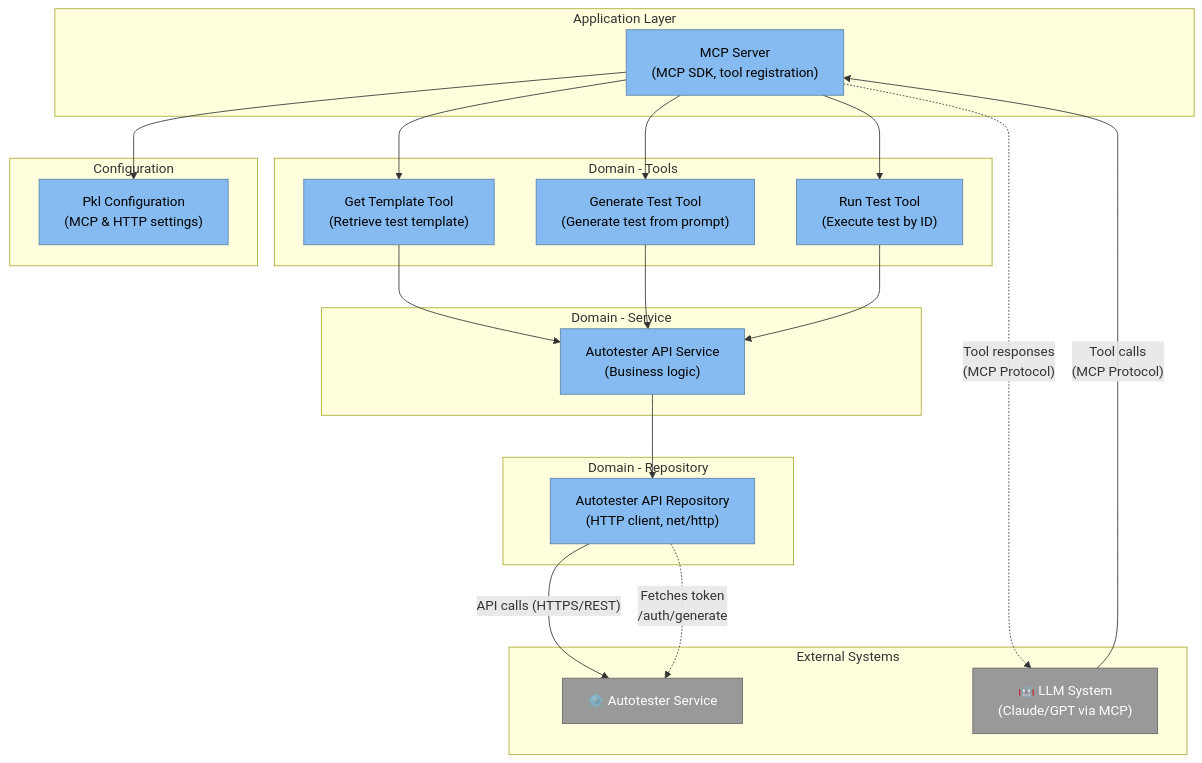
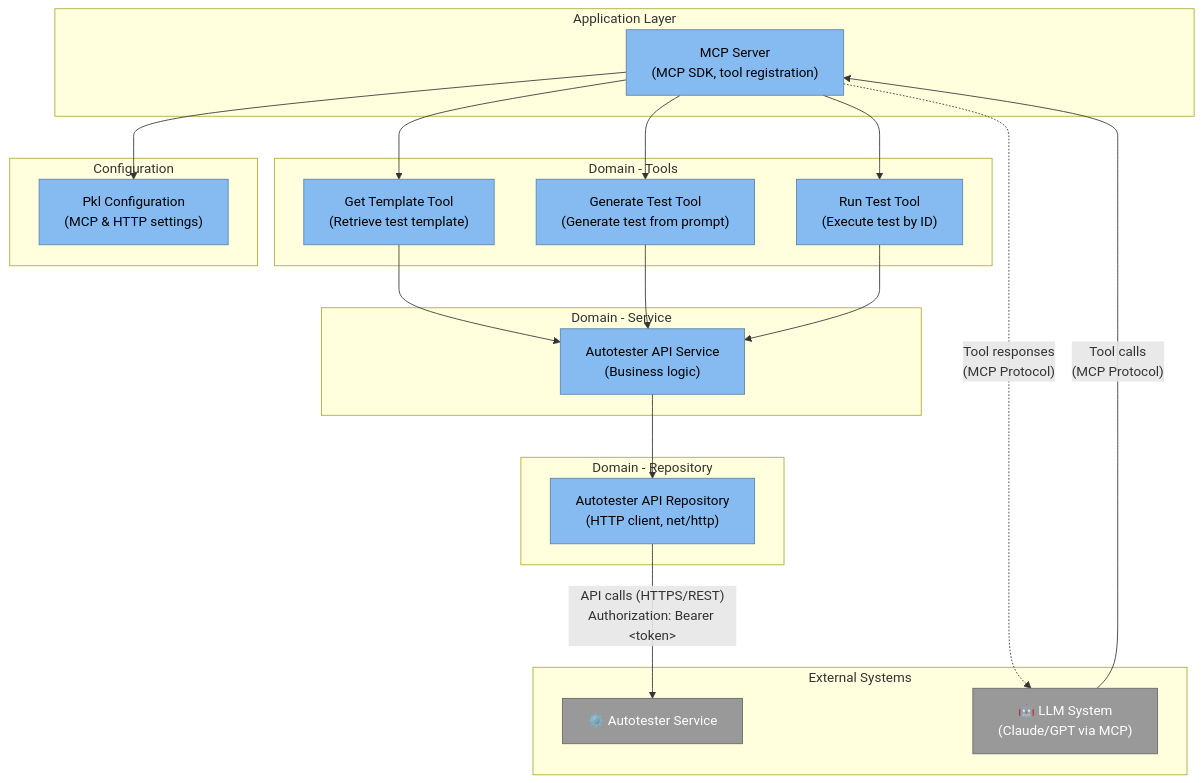
Before and after one commit to Skzter/smart: the diagram in docs/architecture/03-component/diagrams/mcp.mmd, drawn with Mermaid. The commit also changed 14 other files, not shown here.

Commit message:
docs(docs#156): update README and architecture documentation; enhance authentication flow and LLM integration details

```diff
--- a/docs/architecture/03-component/diagrams/mcp.mmd
+++ b/docs/architecture/03-component/diagrams/mcp.mmd
@@ -1,52 +1,51 @@
 graph TB
     subgraph Application["Application Layer"]
         MCPServer["MCP Server<br/>(MCP SDK, tool registration)"]
     end
 
     subgraph Tools["Domain - Tools"]
         GetTemplateTool["Get Template Tool<br/>(Retrieve test template)"]
         GenerateTestTool["Generate Test Tool<br/>(Generate test from prompt)"]
         RunTestTool["Run Test Tool<br/>(Execute test by ID)"]
     end
 
     subgraph Services["Domain - Service"]
         AutotesterSvc["Autotester API Service<br/>(Business logic)"]
     end
 
     subgraph Repositories["Domain - Repository"]
         AutotesterRepo["Autotester API Repository<br/>(HTTP client, net/http)"]
     end
 
     subgraph Config["Configuration"]
         PklConfig["Pkl Configuration<br/>(MCP & HTTP settings)"]
     end
 
     subgraph External["External Systems"]
         Autotester["⚙️ Autotester Service"]
         LLM["🤖 LLM System<br/>(Claude/GPT via MCP)"]
     end
 
     MCPServer --> GetTemplateTool
     MCPServer --> GenerateTestTool
     MCPServer --> RunTestTool
     MCPServer --> PklConfig
 
     GetTemplateTool --> AutotesterSvc
     GenerateTestTool --> AutotesterSvc
     RunTestTool --> AutotesterSvc
 
     AutotesterSvc --> AutotesterRepo
 
-    AutotesterRepo -->|"API calls (HTTPS/REST)"| Autotester
-    AutotesterRepo -.->|"Fetches token<br/>/auth/generate"| Autotester
+    AutotesterRepo -->|"API calls (HTTPS/REST)<br/>Authorization: Bearer &lt;token&gt;"| Autotester
 
     LLM -->|"Tool calls<br/>(MCP Protocol)"| MCPServer
     MCPServer -.->|"Tool responses<br/>(MCP Protocol)"| LLM
 
     classDef component fill:#85bbf0,stroke:#5d82a8,color:#000000
     classDef external fill:#999999,stroke:#666666,color:#ffffff
 
     class MCPServer,GetTemplateTool,GenerateTestTool,RunTestTool component
     class AutotesterSvc,AutotesterRepo component
     class PklConfig component
     class Autotester,LLM external
```
